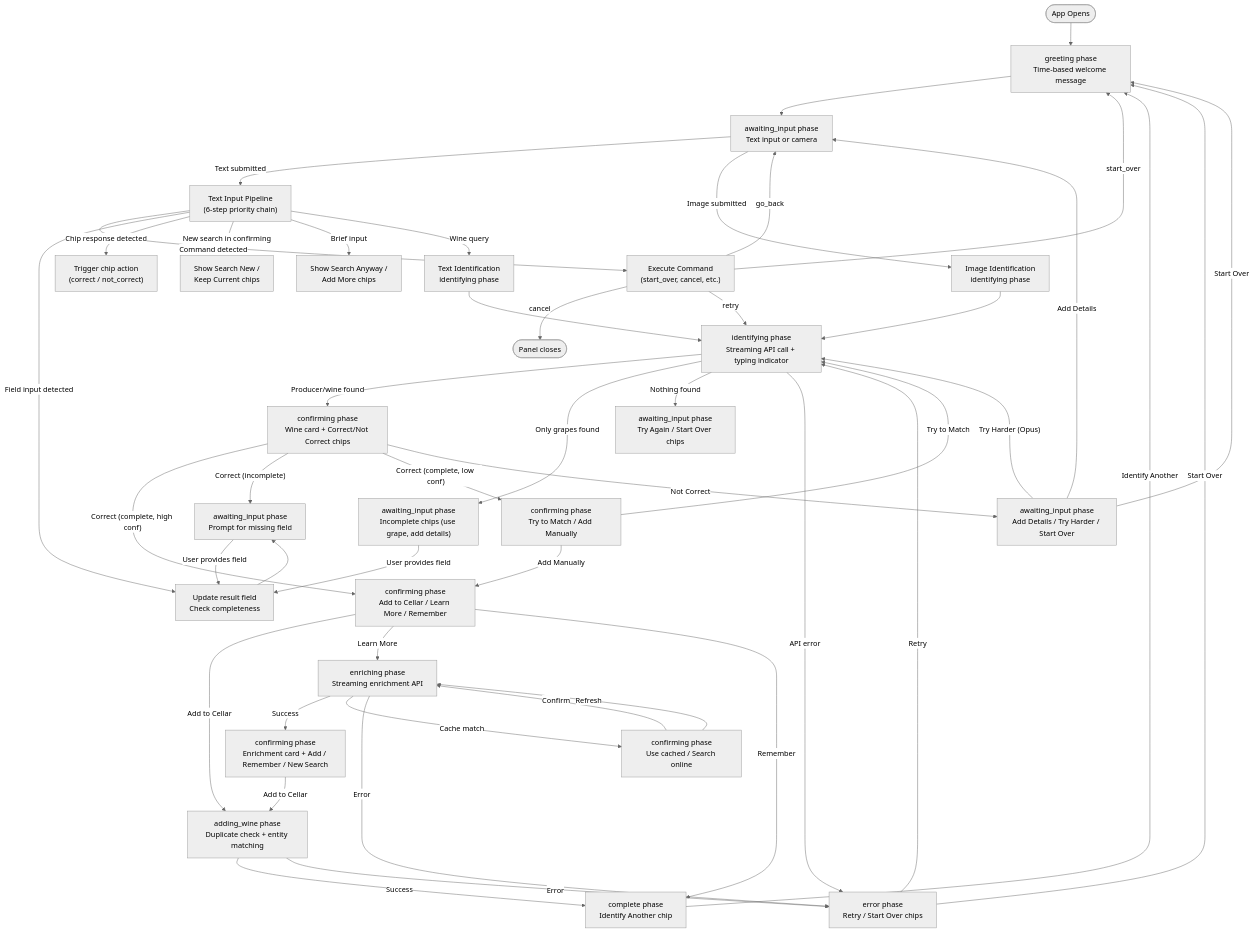
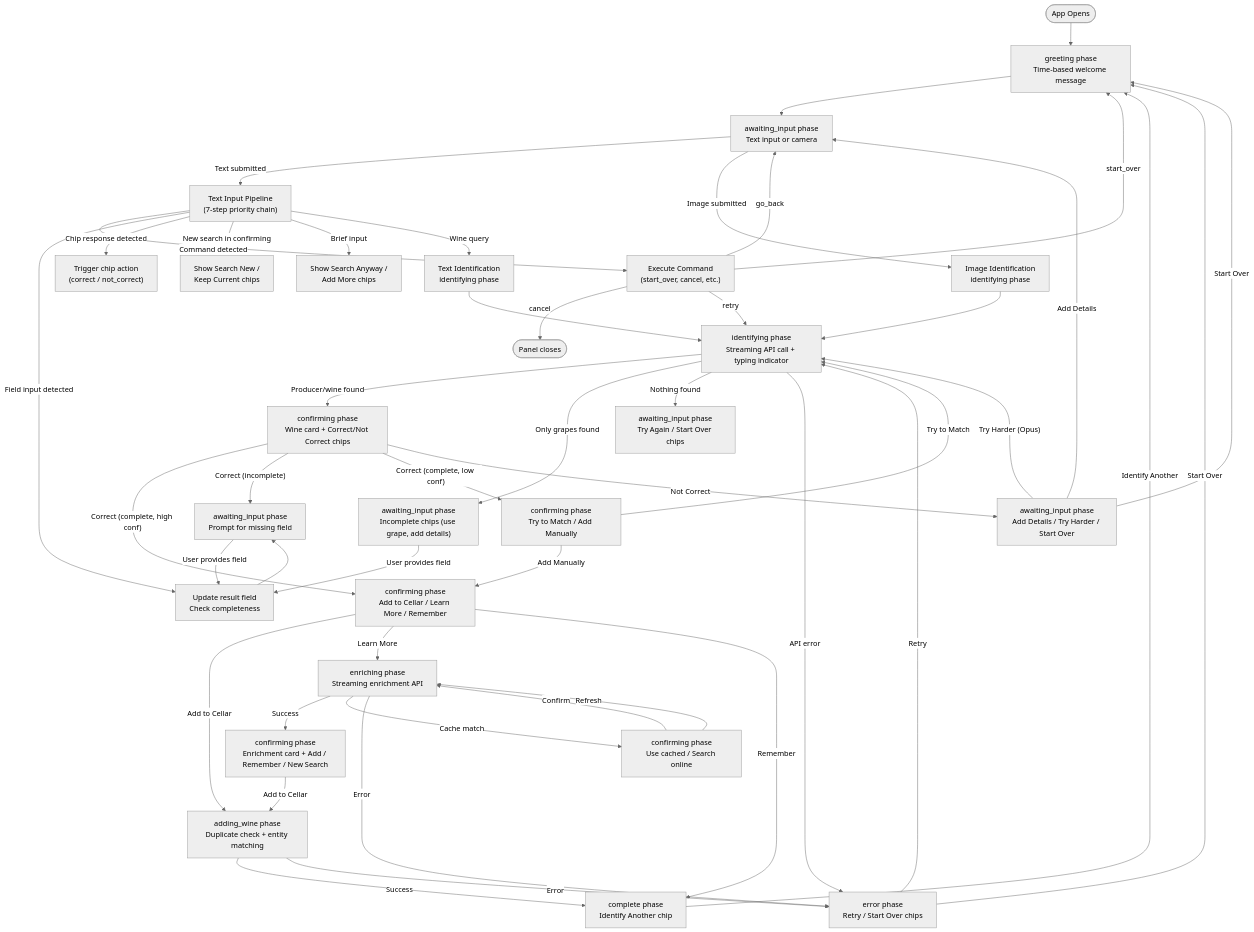
One commit to philhumber/wineApp changed the first of 7 diagrams in docs/AGENT_FLOW.md. Above: the diagram before and after it, drawn with Mermaid (neutral theme). The commit also changed other lines of this file and 12 other files, not shown here.

````diff
--- a/docs/AGENT_FLOW.md
+++ b/docs/AGENT_FLOW.md
@@ -53,76 +53,76 @@
 ```mermaid
 flowchart TB
     Start([App Opens]) --> Greeting["greeting phase<br/>Time-based welcome message"]
     Greeting --> AwaitInput["awaiting_input phase<br/>Text input or camera"]
 
     %% Identification entry points
-    AwaitInput -->|"Text submitted"| TextPipeline["Text Input Pipeline<br/>(6-step priority chain)"]
+    AwaitInput -->|"Text submitted"| TextPipeline["Text Input Pipeline<br/>(7-step priority chain)"]
     AwaitInput -->|"Image submitted"| ImageID["Image Identification<br/>identifying phase"]
 
     %% Text pipeline outcomes
     TextPipeline -->|"Command detected"| CommandExec["Execute Command<br/>(start_over, cancel, etc.)"]
     TextPipeline -->|"Field input detected"| FieldUpdate["Update result field<br/>Check completeness"]
     TextPipeline -->|"Chip response detected"| ChipAction["Trigger chip action<br/>(correct / not_correct)"]
     TextPipeline -->|"New search in confirming"| NewSearchConfirm["Show Search New /<br/>Keep Current chips"]
     TextPipeline -->|"Brief input"| BriefConfirm["Show Search Anyway /<br/>Add More chips"]
     TextPipeline -->|"Wine query"| TextID["Text Identification<br/>identifying phase"]
 
     %% Identification
     TextID --> Identifying["identifying phase<br/>Streaming API call + typing indicator"]
     ImageID --> Identifying
 
     Identifying -->|"Producer/wine found"| Confirming["confirming phase<br/>Wine card + Correct/Not Correct chips"]
     Identifying -->|"Only grapes found"| GrapeOnly["awaiting_input phase<br/>Incomplete chips (use grape, add details)"]
     Identifying -->|"Nothing found"| NotFound["awaiting_input phase<br/>Try Again / Start Over chips"]
     Identifying -->|"API error"| ErrorPhase["error phase<br/>Retry / Start Over chips"]
 
     %% Confirmation outcomes
     Confirming -->|"Correct (complete, high conf)"| ActionSelect["confirming phase<br/>Add to Cellar / Learn More / Remember"]
     Confirming -->|"Correct (incomplete)"| FieldPrompt["awaiting_input phase<br/>Prompt for missing field"]
     Confirming -->|"Correct (complete, low conf)"| ReidentifyChoice["confirming phase<br/>Try to Match / Add Manually"]
     Confirming -->|"Not Correct"| Correction["awaiting_input phase<br/>Add Details / Try Harder / Start Over"]
 
     %% Field completion loop
     FieldUpdate --> FieldPrompt
     FieldPrompt -->|"User provides field"| FieldUpdate
     GrapeOnly -->|"User provides field"| FieldUpdate
 
     %% Action paths
     ActionSelect -->|"Add to Cellar"| AddFlow["adding_wine phase<br/>Duplicate check + entity matching"]
     ActionSelect -->|"Learn More"| EnrichFlow["enriching phase<br/>Streaming enrichment API"]
     ActionSelect -->|"Remember"| Complete["complete phase<br/>Identify Another chip"]
 
     %% Reidentify path
     ReidentifyChoice -->|"Try to Match"| Identifying
     ReidentifyChoice -->|"Add Manually"| ActionSelect
 
     %% Correction paths
     Correction -->|"Add Details"| AwaitInput
     Correction -->|"Try Harder (Opus)"| Identifying
     Correction -->|"Start Over"| Greeting
 
     %% Enrichment outcomes
     EnrichFlow -->|"Success"| EnrichConfirm["confirming phase<br/>Enrichment card + Add / Remember / New Search"]
     EnrichFlow -->|"Cache match"| CacheConfirm["confirming phase<br/>Use cached / Search online"]
     EnrichFlow -->|"Error"| ErrorPhase
     EnrichConfirm -->|"Add to Cellar"| AddFlow
     CacheConfirm -->|"Confirm"| EnrichFlow
     CacheConfirm -->|"Refresh"| EnrichFlow
 
     %% Add wine outcomes
     AddFlow -->|"Success"| Complete
     AddFlow -->|"Error"| ErrorPhase
 
     %% Error recovery
     ErrorPhase -->|"Retry"| Identifying
     ErrorPhase -->|"Start Over"| Greeting
 
     %% Completion loop
     Complete -->|"Identify Another"| Greeting
 
     %% Command shortcuts
     CommandExec -->|"start_over"| Greeting
     CommandExec -->|"cancel"| PanelClose([Panel closes])
     CommandExec -->|"go_back"| AwaitInput
     CommandExec -->|"retry"| Identifying
 ```
````
